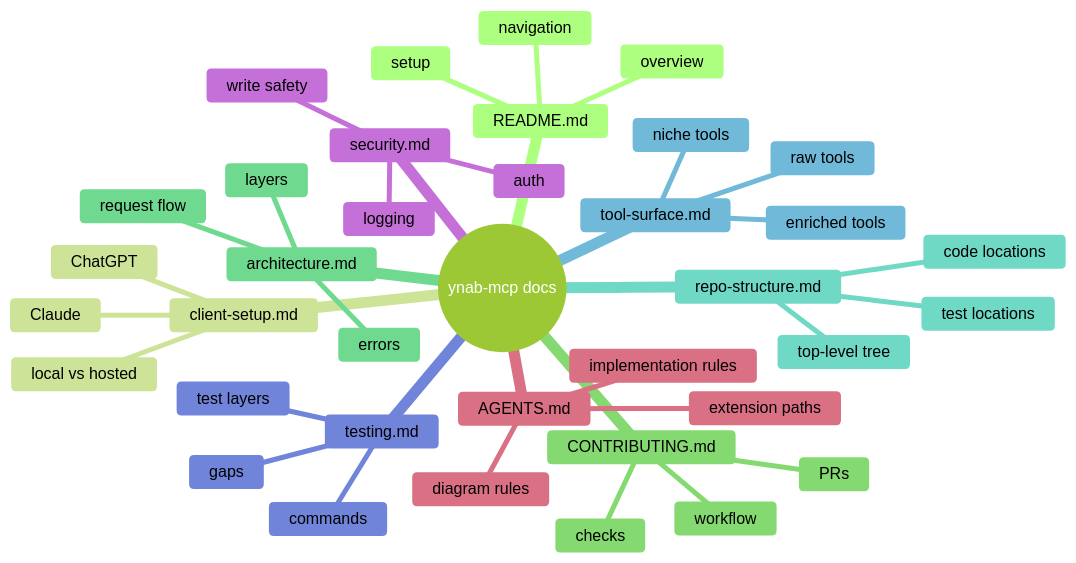
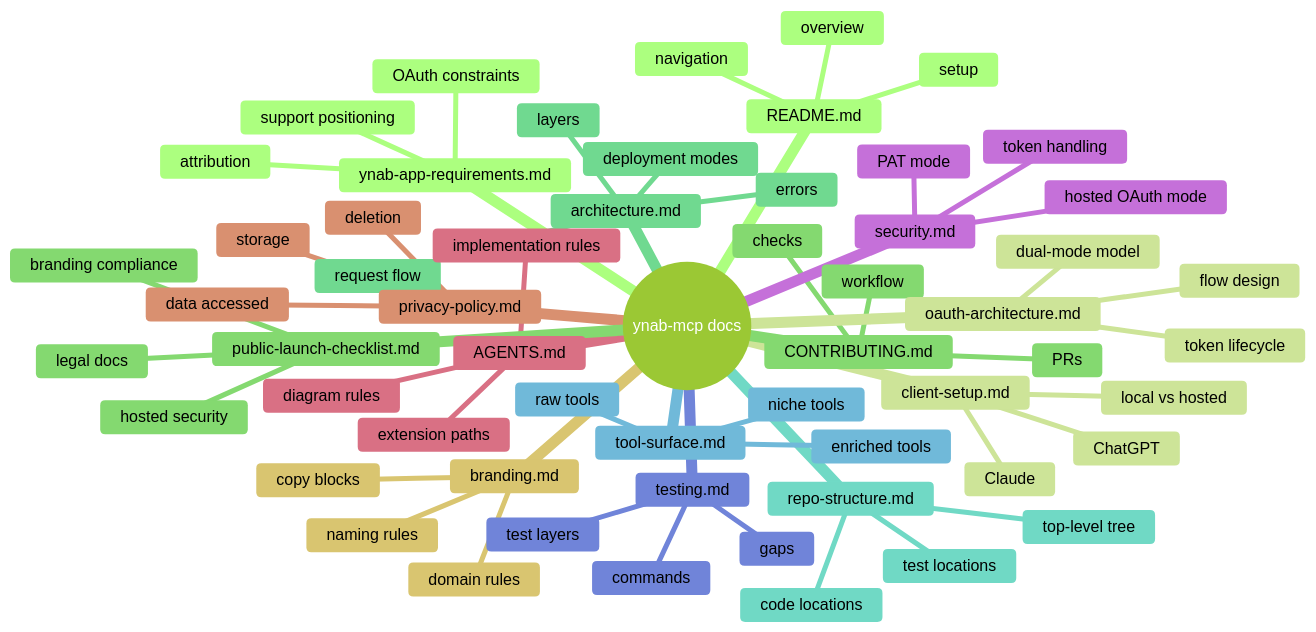
One commit to hs737/mcp-server-for-ynab changed the diagram in docs/README.md. Above: the diagram before and after it, drawn with Mermaid (forest theme). The commit also changed other lines of this file and 8 other files, not shown here.

````diff
--- a/docs/README.md
+++ b/docs/README.md
@@ -15,40 +15,61 @@
 ```mermaid
 mindmap
   root((ynab-mcp docs))
     README.md
       setup
       overview
       navigation
     client-setup.md
       Claude
       ChatGPT
       local vs hosted
     CONTRIBUTING.md
       workflow
       PRs
       checks
     architecture.md
       layers
       request flow
       errors
+      deployment modes
     repo-structure.md
       top-level tree
       code locations
       test locations
     tool-surface.md
       raw tools
       enriched tools
       niche tools
     testing.md
       test layers
       commands
       gaps
     security.md
-      auth
-      logging
-      write safety
+      PAT mode
+      hosted OAuth mode
+      token handling
     AGENTS.md
       implementation rules
       extension paths
       diagram rules
+    privacy-policy.md
+      data accessed
+      storage
+      deletion
+    branding.md
+      naming rules
+      domain rules
+      copy blocks
+    ynab-app-requirements.md
+      attribution
+      OAuth constraints
+      support positioning
+    oauth-architecture.md
+      flow design
+      token lifecycle
+      dual-mode model
+    public-launch-checklist.md
+      legal docs
+      branding compliance
+      hosted security
 ```
````
